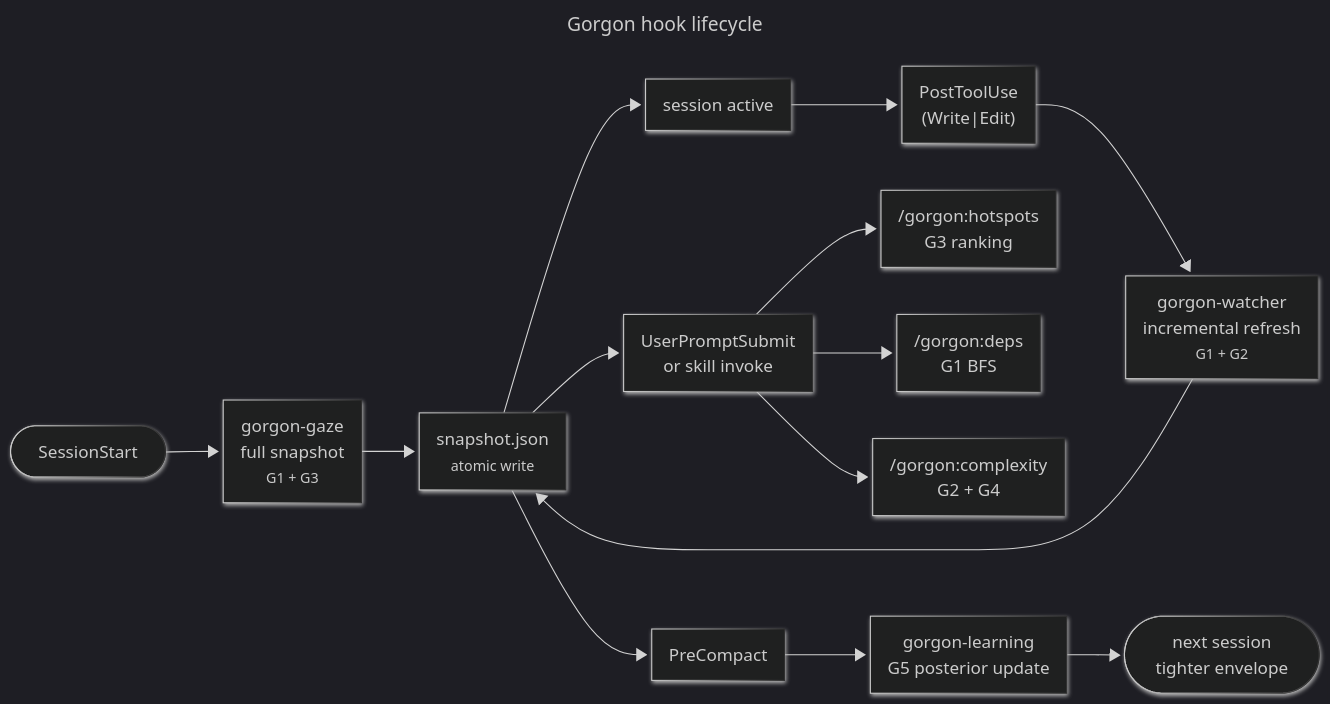
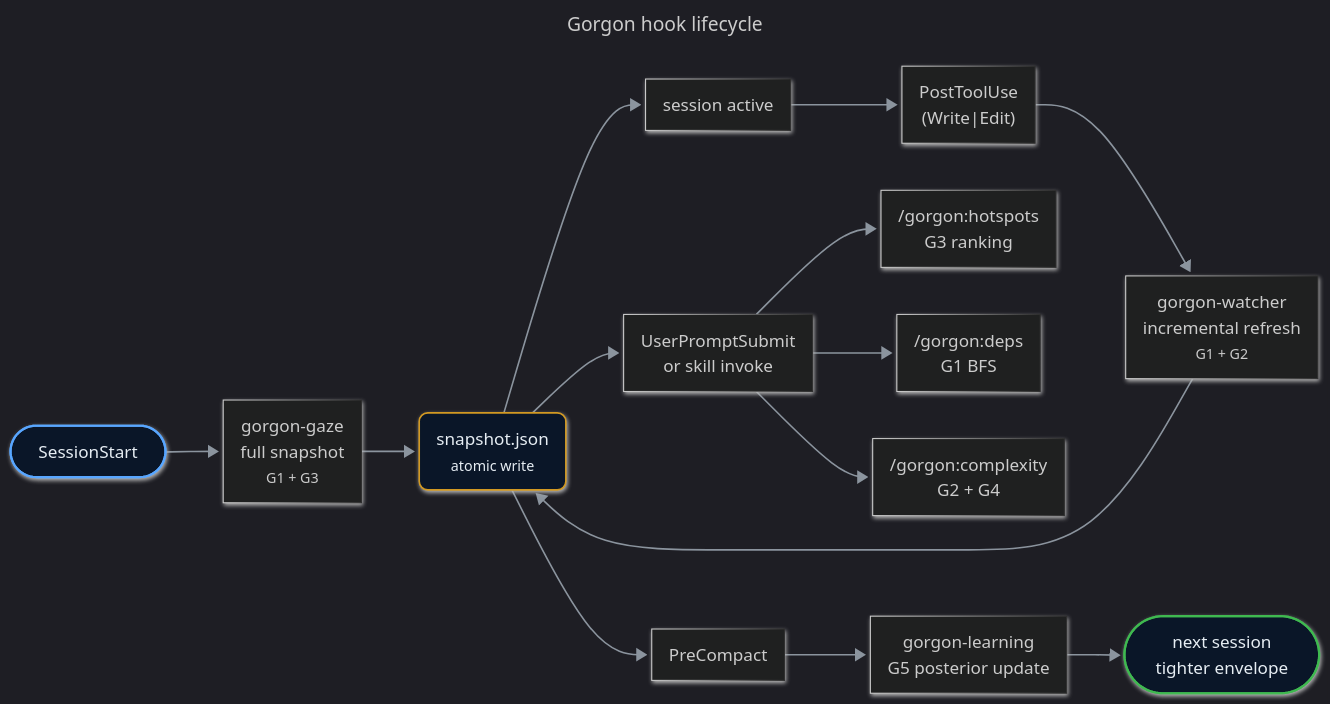
One commit to enchanter-ai/gorgon changed the diagram in docs/assets/lifecycle.mmd. Above: the diagram before and after it, drawn with Mermaid. The commit also changed 1 other file, not shown here.

```diff
--- a/docs/assets/lifecycle.mmd
+++ b/docs/assets/lifecycle.mmd
@@ -1,25 +1,35 @@
 ---
 title: Gorgon hook lifecycle
 config:
   look: neo
   theme: dark
   flowchart:
     curve: basis
     padding: 18
     nodeSpacing: 44
     rankSpacing: 54
 ---
 flowchart LR
     Start(["SessionStart"]) --> Gaze["gorgon-gaze<br/>full snapshot<br/><small>G1 + G3</small>"]
     Gaze --> Snap["snapshot.json<br/><small>atomic write</small>"]
     Snap --> Idle1["session active"]
     Idle1 --> Edit["PostToolUse<br/>(Write|Edit)"]
     Edit --> Watcher["gorgon-watcher<br/>incremental refresh<br/><small>G1 + G2</small>"]
     Watcher --> Snap
     Snap --> Skill["UserPromptSubmit<br/>or skill invoke"]
     Skill --> Hot["/gorgon:hotspots<br/>G3 ranking"]
     Skill --> Deps["/gorgon:deps<br/>G1 BFS"]
     Skill --> Cx["/gorgon:complexity<br/>G2 + G4"]
     Snap --> Compact["PreCompact"]
     Compact --> Learn["gorgon-learning<br/>G5 posterior update"]
     Learn --> Done(["next session<br/>tighter envelope"])
+
+
+    classDef start fill:#0a1628,stroke:#58a6ff,stroke-width:2px,color:#e6edf3,rx:10,ry:10
+    classDef done fill:#0a1628,stroke:#3fb950,stroke-width:2px,color:#e6edf3,rx:10,ry:10
+    classDef state fill:#0a1628,stroke:#d29922,stroke-width:1.5px,color:#e6edf3,rx:8,ry:8
+
+    linkStyle default stroke:#8b949e,stroke-width:1.5px
+    class Start start
+    class Done done
+    class Snap state
```
